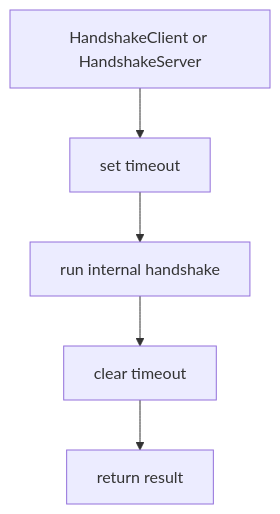
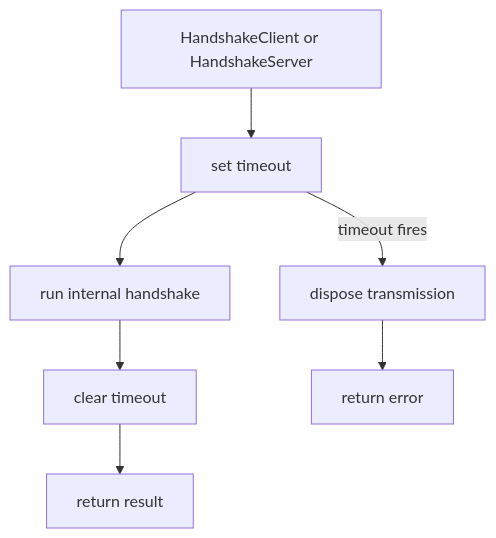
One commit to HyacinthHaru/openppp2 changed the second of 2 diagrams in docs/HANDSHAKE_SEQUENCE.md. Above: the diagram before and after it, drawn with Mermaid. The commit also changed other lines of this file and 31 other files, not shown here.

````diff
--- a/docs/HANDSHAKE_SEQUENCE.md
+++ b/docs/HANDSHAKE_SEQUENCE.md
@@ -89,7 +150,10 @@
 ```mermaid
 flowchart TD
     A[HandshakeClient or HandshakeServer] --> B[set timeout]
     B --> C[run internal handshake]
     C --> D[clear timeout]
     D --> E[return result]
+
+    B -->|timeout fires| F[dispose transmission]
+    F --> G[return error]
 ```
````
